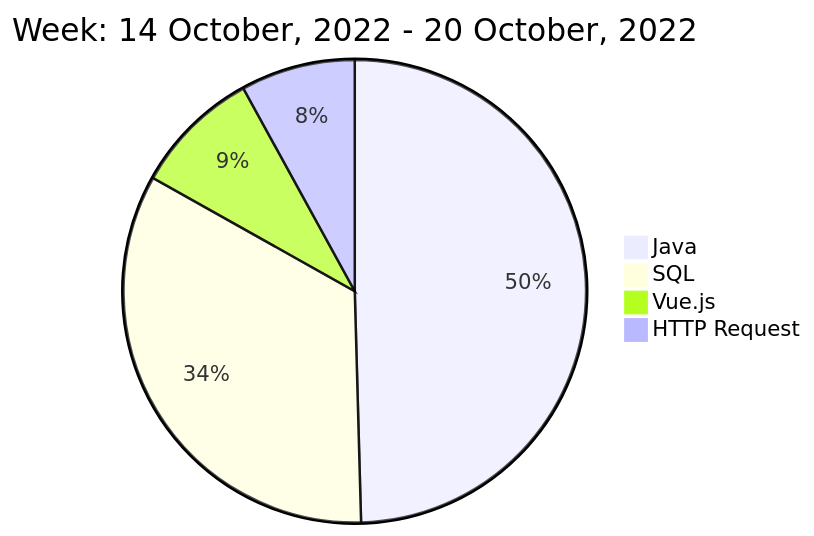
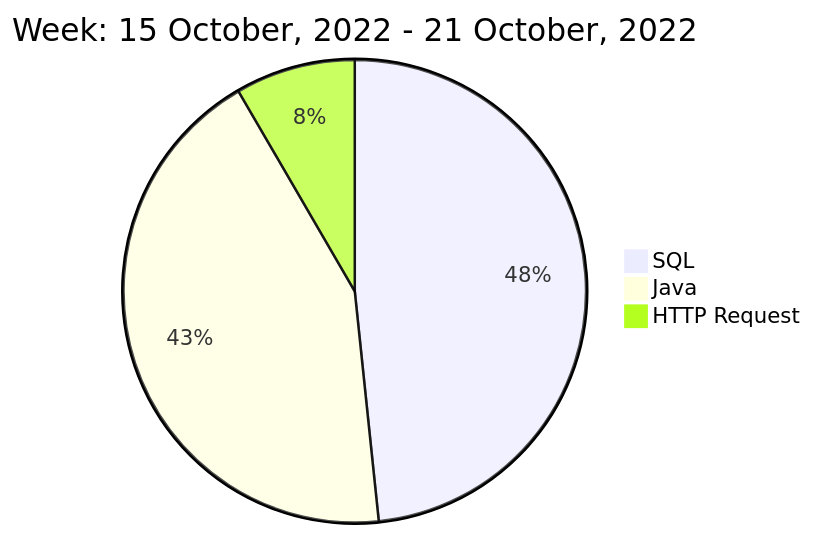
The diagram in README.md (liubin95/liubin95), drawn with Mermaid before and after one commit.

Commit message:
Updated the Graph with new Metrics

````diff
--- a/README.md
+++ b/README.md
@@ -40,8 +40,7 @@
 ```mermaid
  pie
-title Week: 14 October, 2022 - 20 October, 2022
- "Java" : 10.23
- "SQL" : 6.93
- "Vue.js" : 1.83
- "HTTP Request" : 1.65
+title Week: 15 October, 2022 - 21 October, 2022
+ "SQL" : 9.92
+ "Java" : 8.88
+ "HTTP Request" : 1.72
 ```
````
